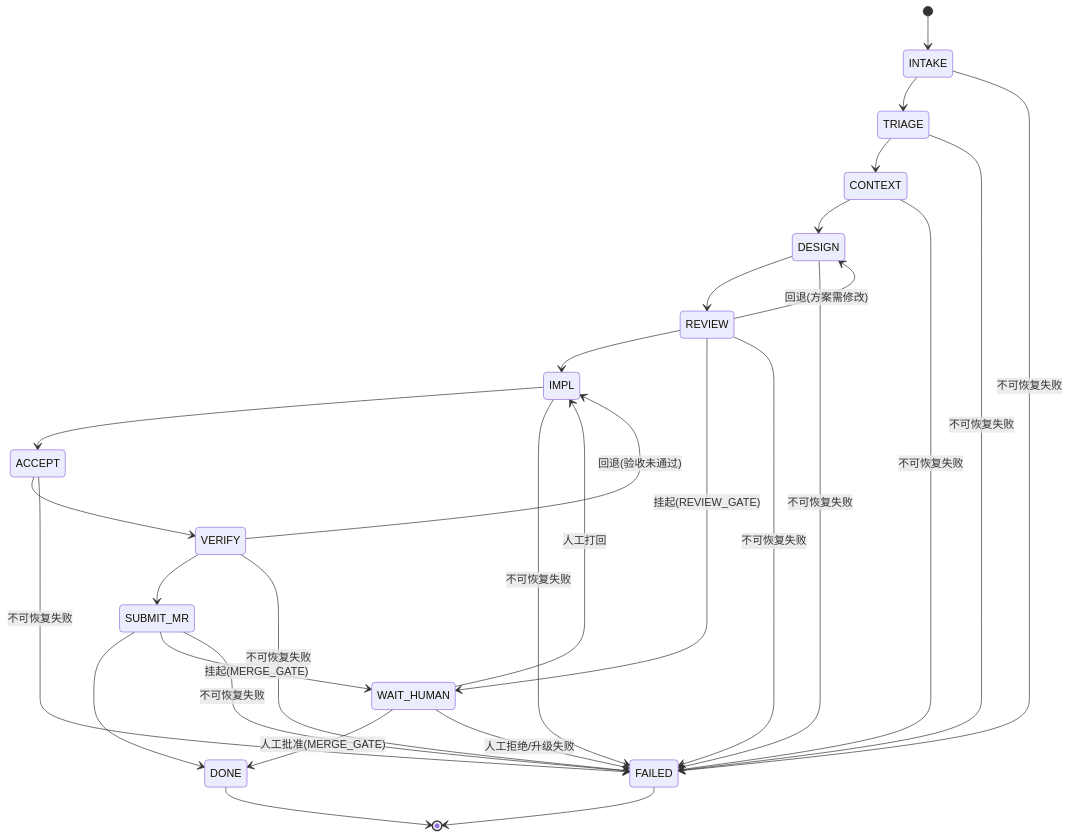
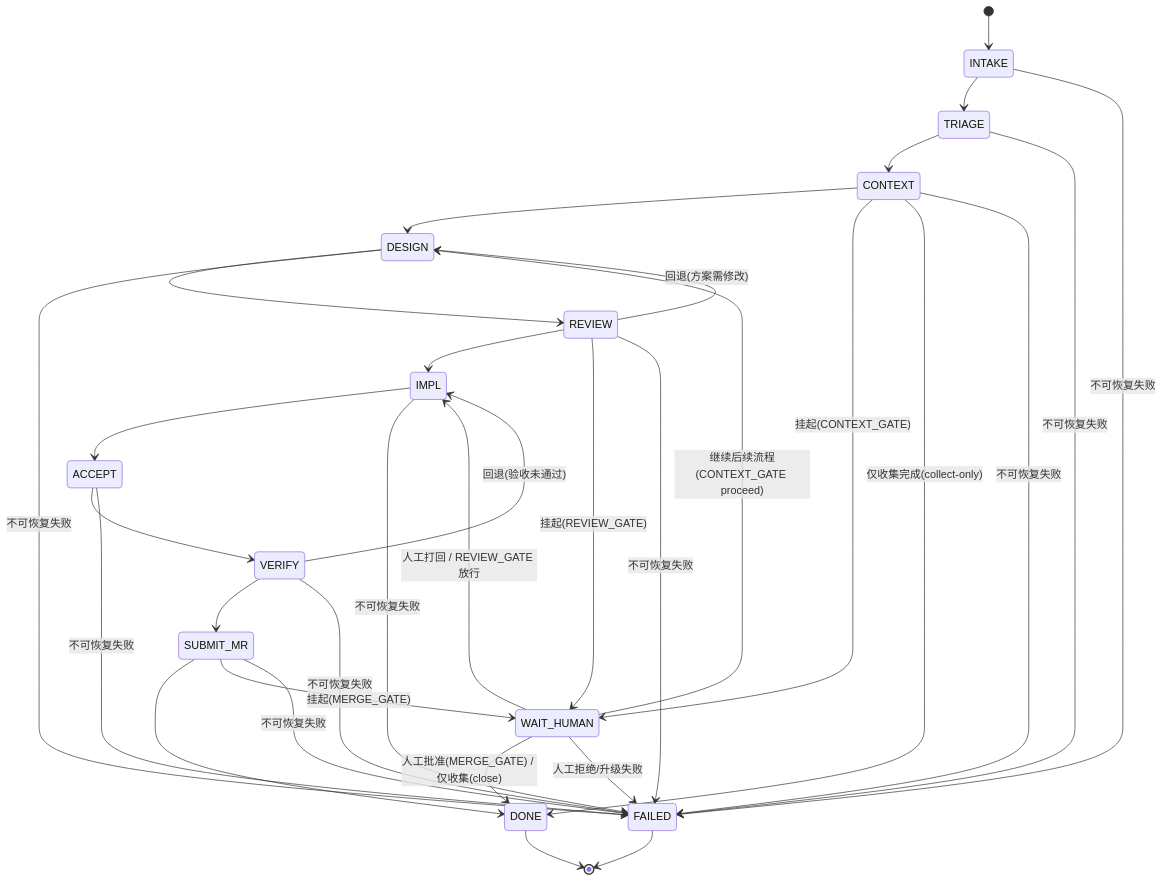
Before and after one commit to wang14597/autodev: the third of 5 diagrams in docs/architecture/diagrams.md, drawn with Mermaid. The commit also changed other lines of this file and 1 other file, not shown here.

First line of the commit message:
docs: 分诊图/README 对齐 LLM 分诊 + 自主开关 + CONTEXT_GATE

````diff
--- a/docs/architecture/diagrams.md
+++ b/docs/architecture/diagrams.md
@@ -88,36 +92,39 @@
 ```mermaid
 stateDiagram-v2
     [*] --> INTAKE
 
     INTAKE --> TRIAGE
     TRIAGE --> CONTEXT
     CONTEXT --> DESIGN
     DESIGN --> REVIEW
     REVIEW --> IMPL
     IMPL --> ACCEPT
     ACCEPT --> VERIFY
     VERIFY --> SUBMIT_MR
     SUBMIT_MR --> DONE
 
     REVIEW --> DESIGN : 回退(方案需修改)
     VERIFY --> IMPL : 回退(验收未通过)
 
+    CONTEXT --> WAIT_HUMAN : 挂起(CONTEXT_GATE)
+    CONTEXT --> DONE : 仅收集完成(collect-only)
     REVIEW --> WAIT_HUMAN : 挂起(REVIEW_GATE)
     SUBMIT_MR --> WAIT_HUMAN : 挂起(MERGE_GATE)
-    WAIT_HUMAN --> IMPL : 人工打回
-    WAIT_HUMAN --> DONE : 人工批准(MERGE_GATE)
+    WAIT_HUMAN --> DESIGN : 继续后续流程(CONTEXT_GATE proceed)
+    WAIT_HUMAN --> IMPL : 人工打回 / REVIEW_GATE 放行
+    WAIT_HUMAN --> DONE : 人工批准(MERGE_GATE) / 仅收集(close)
 
     INTAKE --> FAILED : 不可恢复失败
     TRIAGE --> FAILED : 不可恢复失败
     CONTEXT --> FAILED : 不可恢复失败
     DESIGN --> FAILED : 不可恢复失败
     REVIEW --> FAILED : 不可恢复失败
     IMPL --> FAILED : 不可恢复失败
     ACCEPT --> FAILED : 不可恢复失败
     VERIFY --> FAILED : 不可恢复失败
     SUBMIT_MR --> FAILED : 不可恢复失败
     WAIT_HUMAN --> FAILED : 人工拒绝/升级失败
 
     DONE --> [*]
     FAILED --> [*]
 ```
````
